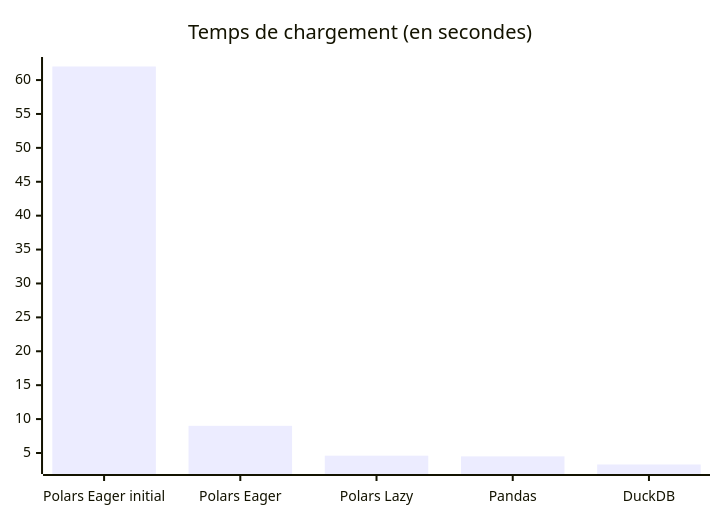
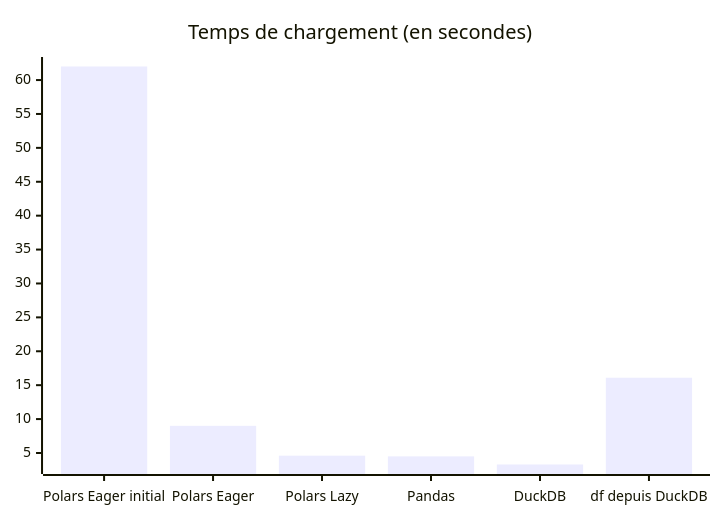
One commit to vroger11/vroger11.github.io changed the first of 4 diagrams in docs/fr/blog/2025/06-22-parquet-benchmark-pandas-polars-duckdb.md. Above: the diagram before and after it, drawn with Mermaid. The commit also changed other lines of this file and 1 other file, not shown here.

````diff
--- a/docs/fr/blog/2025/06-22-parquet-benchmark-pandas-polars-duckdb.md
+++ b/docs/fr/blog/2025/06-22-parquet-benchmark-pandas-polars-duckdb.md
@@ -97,6 +97,6 @@
 ```mermaid
 xychart-beta
     title "Temps de chargement (en secondes)"
-    x-axis ["Polars Eager initial", "Polars Eager", "Polars Lazy", Pandas, DuckDB]
-    bar [62.0, 9.0, 4.6, 4.5, 3.3]
+    x-axis ["Polars Eager initial", "Polars Eager", "Polars Lazy", Pandas, DuckDB, "df depuis DuckDB"]
+    bar [62.0, 9.0, 4.6, 4.5, 3.3, 16.1]
 ```
````
